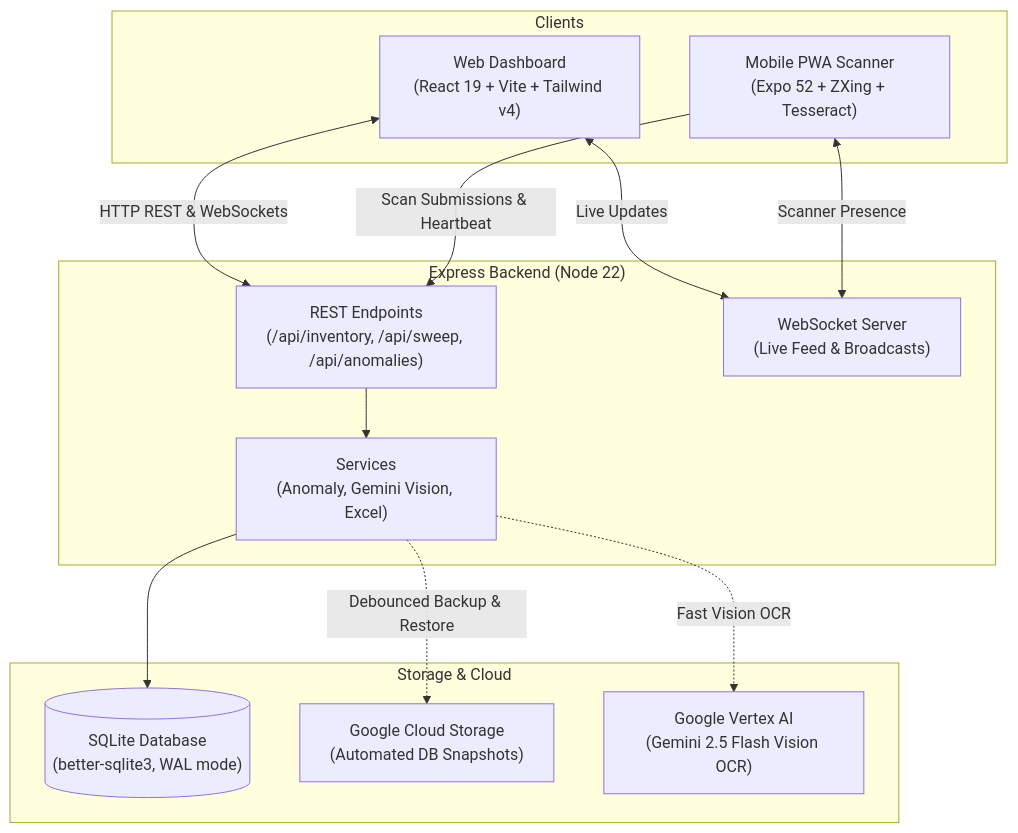
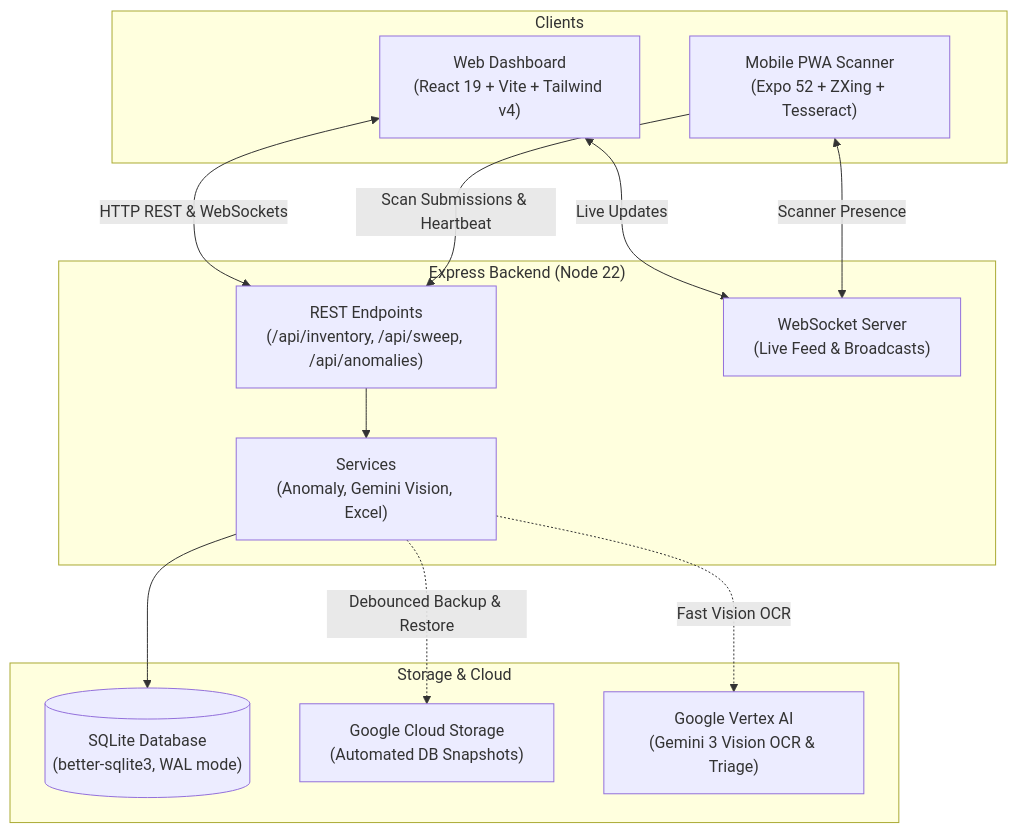
One commit to ZukLevinson/shelv.ai changed the diagram in README.md. Above: the diagram before and after it, drawn with Mermaid. The commit also changed other lines of this file and 4 other files, not shown here.

Commit message:
feat(ai): migrate Vertex AI vision from retiring Gemini 2.5 to Gemini 3 models

````diff
--- a/README.md
+++ b/README.md
@@ -13,28 +13,28 @@
 ```mermaid
 flowchart TD
     subgraph Clients["Clients"]
         W["Web Dashboard<br/>(React 19 + Vite + Tailwind v4)"]
         M["Mobile PWA Scanner<br/>(Expo 52 + ZXing + Tesseract)"]
     end
 
     subgraph Backend["Express Backend (Node 22)"]
         API["REST Endpoints<br/>(/api/inventory, /api/sweep, /api/anomalies)"]
         WS["WebSocket Server<br/>(Live Feed & Broadcasts)"]
         SVC["Services<br/>(Anomaly, Gemini Vision, Excel)"]
     end
 
     subgraph Storage["Storage & Cloud"]
         DB[("SQLite Database<br/>(better-sqlite3, WAL mode)")]
         GCS["Google Cloud Storage<br/>(Automated DB Snapshots)"]
-        VAI["Google Vertex AI<br/>(Gemini 2.5 Flash Vision OCR)"]
+        VAI["Google Vertex AI<br/>(Gemini 3 Vision OCR & Triage)"]
     end
 
     W <-->|HTTP REST & WebSockets| API
     W <-->|Live Updates| WS
     M -->|Scan Submissions & Heartbeat| API
     M <-->|Scanner Presence| WS
     API --> SVC
     SVC --> DB
     SVC -.->|Debounced Backup & Restore| GCS
     SVC -.->|Fast Vision OCR| VAI
 ```
````
